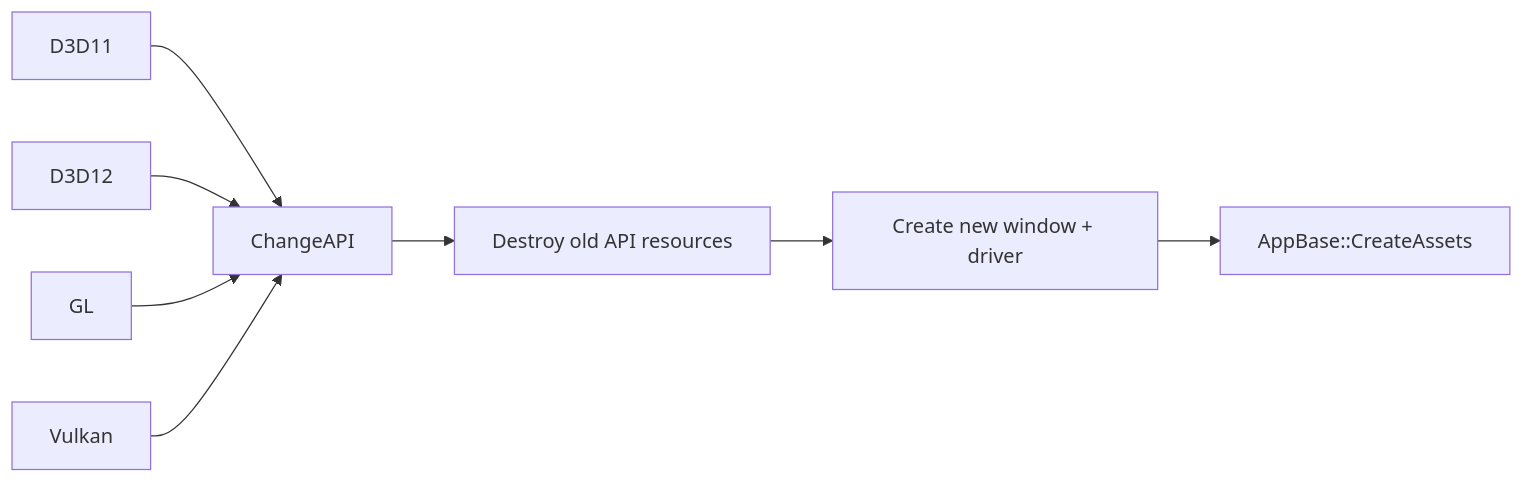
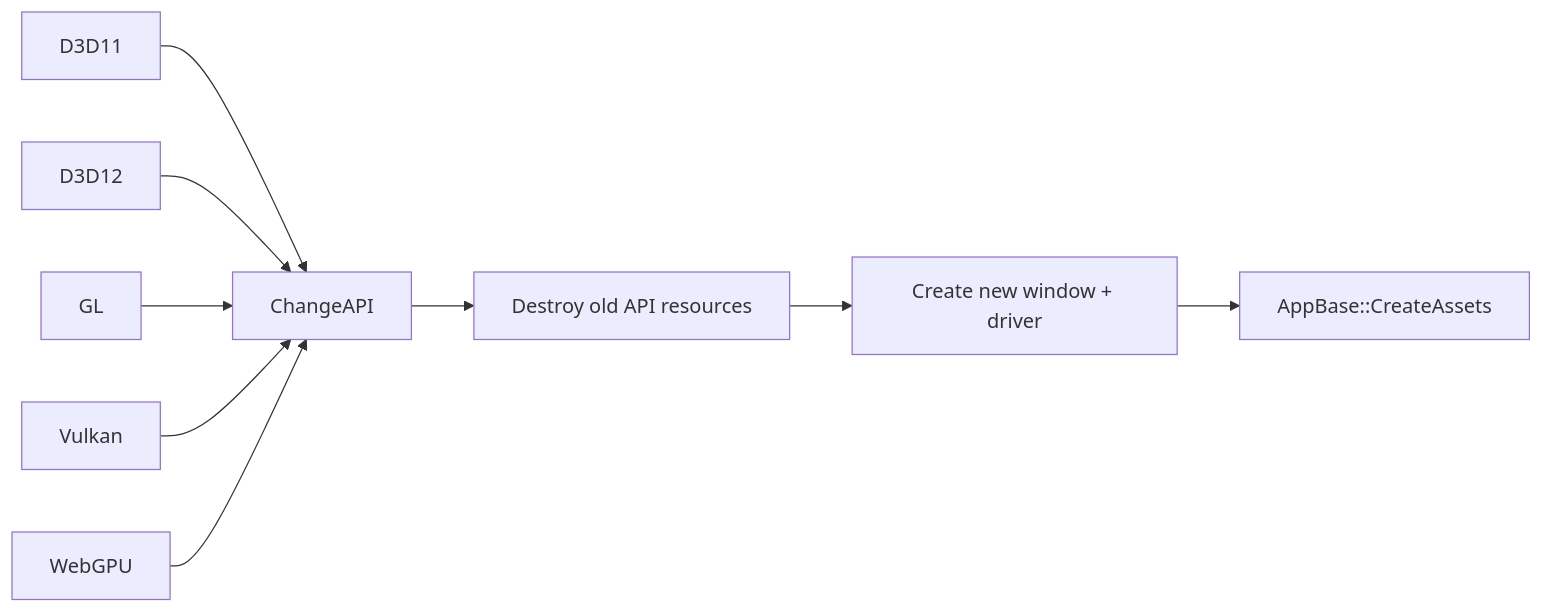
Before and after one commit to 0Camus0/T850: the fourth of 11 diagrams in documentation/architecture/platform-event-loop.md, drawn with Mermaid. The commit also changed other lines of this file and 92 other files, not shown here.

````diff
--- a/documentation/architecture/platform-event-loop.md
+++ b/documentation/architecture/platform-event-loop.md
@@ -128,10 +128,11 @@
 ```mermaid
 flowchart LR
   D3D11 --> ChangeAPI
   D3D12 --> ChangeAPI
   GL --> ChangeAPI
   Vulkan --> ChangeAPI
+  WebGPU --> ChangeAPI
   ChangeAPI --> DestroyOld["Destroy old API resources"]
   DestroyOld --> CreateNew["Create new window + driver"]
   CreateNew --> RecreateAssets["AppBase::CreateAssets"]
 ```
````
